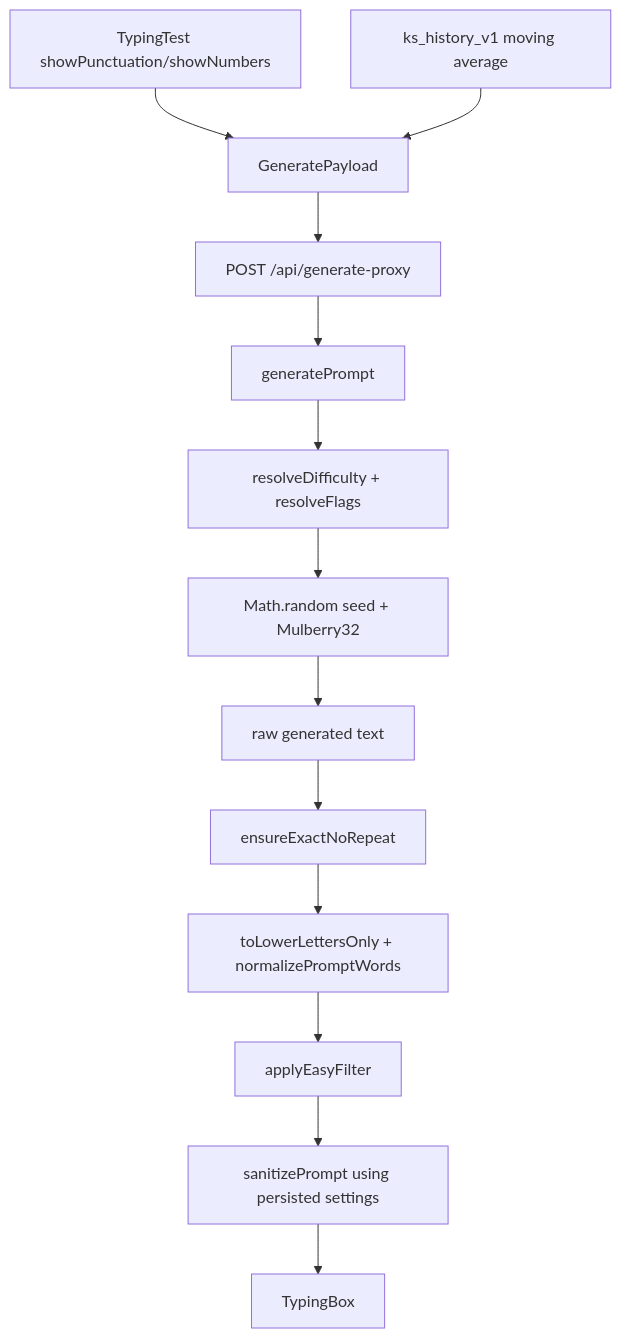
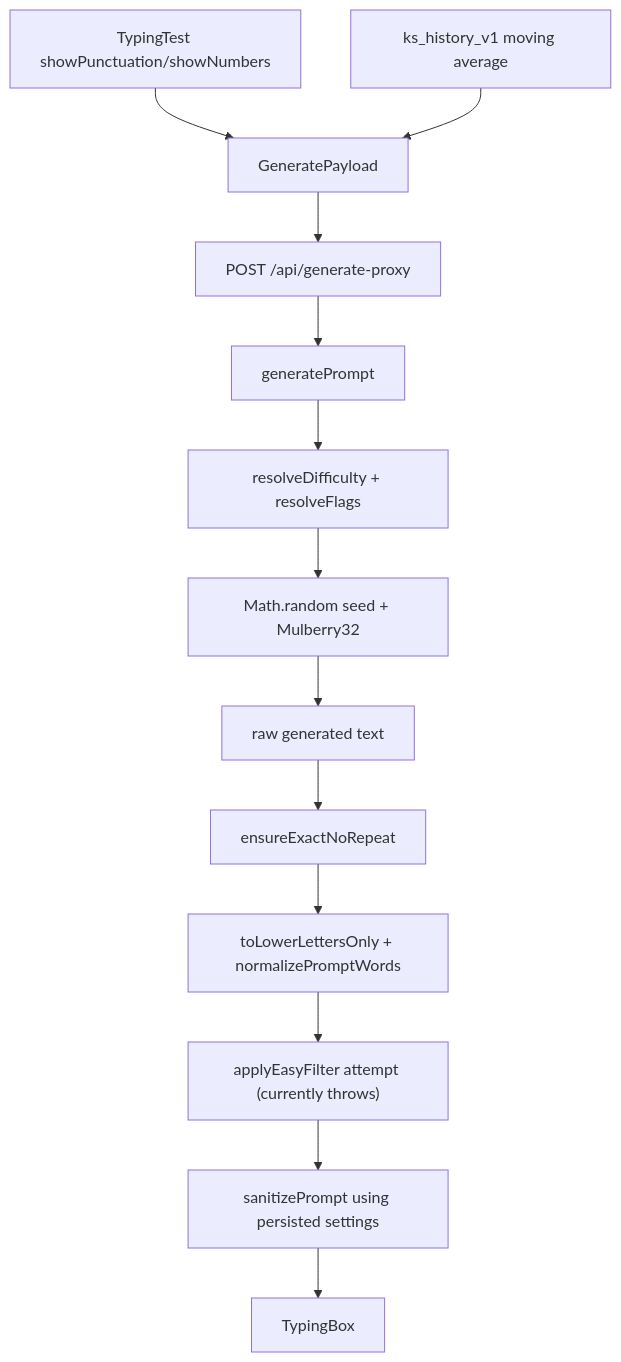
Before and after one commit to kf79046/keystrokeAI: the diagram in docs/adaptive-test-flow.md, drawn with Mermaid. The commit also changed other lines of this file and 10 other files, not shown here.

````diff
--- a/docs/adaptive-test-flow.md
+++ b/docs/adaptive-test-flow.md
@@ -7,15 +7,15 @@
 ```mermaid
 flowchart TD
   Chips["TypingTest showPunctuation/showNumbers"] --> Payload["GeneratePayload"]
   History["ks_history_v1 moving average"] --> Payload
   Payload --> Proxy["POST /api/generate-proxy"]
   Proxy --> Generator["generatePrompt"]
   Generator --> Resolve["resolveDifficulty + resolveFlags"]
   Resolve --> Seed["Math.random seed + Mulberry32"]
   Seed --> Raw["raw generated text"]
   Raw --> Count["ensureExactNoRepeat"]
   Count --> Lower["toLowerLettersOnly + normalizePromptWords"]
-  Lower --> Easy["applyEasyFilter"]
+  Lower --> Easy["applyEasyFilter attempt (currently throws)"]
   Easy --> Final["sanitizePrompt using persisted settings"]
   Final --> Render["TypingBox"]
 ```
````
